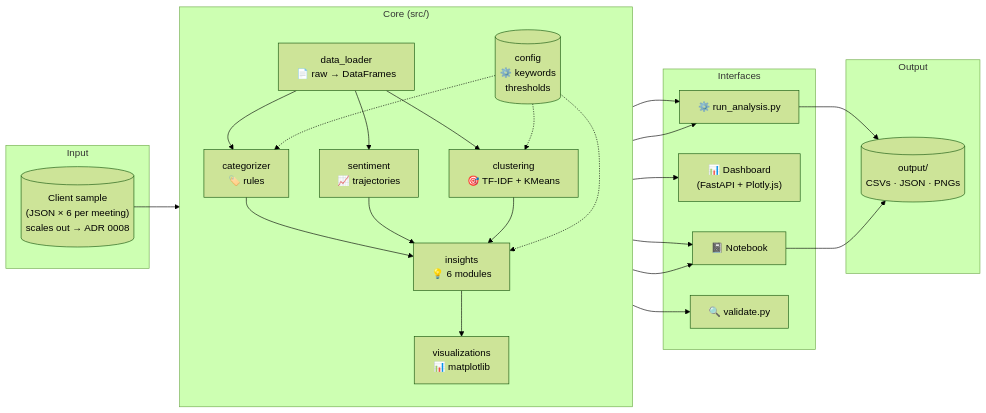
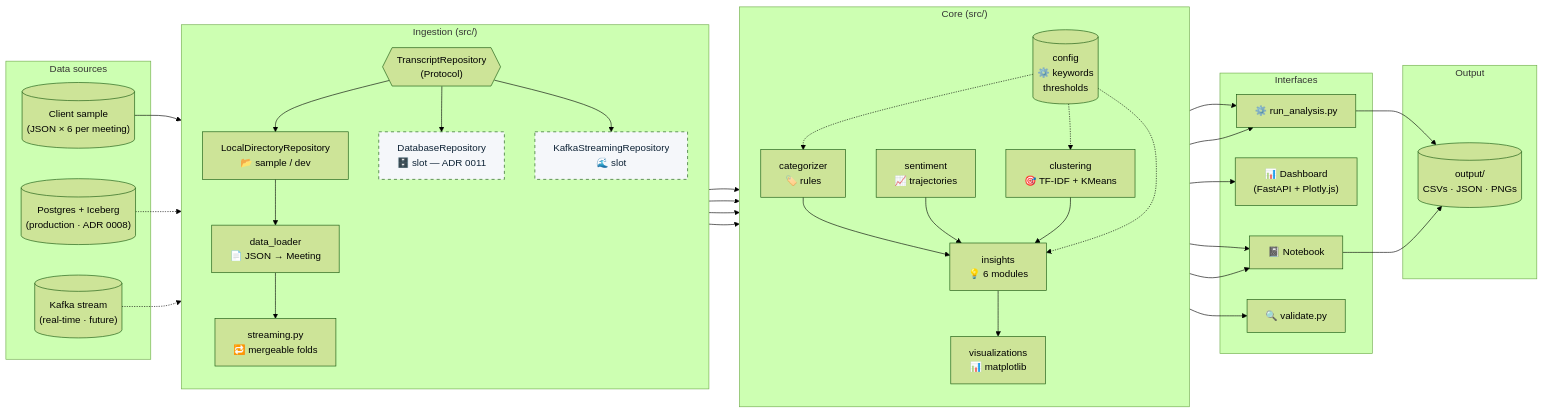
One commit to r2st/rubrik changed the first of 13 diagrams in docs/ARCHITECTURE.md. Above: the diagram before and after it, drawn with Mermaid (forest theme). The commit also changed other lines of this file and 1 other file, not shown here.

Commit message:
Docs: surface the ingestion layer in System overview
Promote the TranscriptRepository Protocol + its three backends
(LocalDirectoryRepository today, DatabaseRepository / KafkaStreamingRepository
slots per ADRs 0008 and 0011) to a first-class subgraph alongside data_loader
and streaming.py. The previous diagram collapsed all of this into a single
"Input" blob, which hid the abstraction that lets the same pipeline run
against the client sample today and Postgres + Iceberg at production volume.

````diff
--- a/docs/ARCHITECTURE.md
+++ b/docs/ARCHITECTURE.md
@@ -19,51 +19,74 @@
 ```mermaid
 flowchart LR
-    subgraph "Input"
-        Data[("Client sample<br/>(JSON × 6 per meeting)<br/>scales out → ADR 0008")]
+    subgraph Sources["Data sources"]
+        Sample[("Client sample<br/>(JSON × 6 per meeting)")]
+        DBSrc[("Postgres + Iceberg<br/>(production · ADR 0008)")]
+        Stream[("Kafka stream<br/>(real-time · future)")]
     end
 
-    subgraph "Core (src/)"
+    subgraph Ingest["Ingestion (src/)"]
         direction TB
-        Loader["data_loader<br/>📄 raw → DataFrames"]
+        Repo{{"TranscriptRepository<br/>(Protocol)"}}
+        Local["LocalDirectoryRepository<br/>📂 sample / dev"]
+        DBRepo["DatabaseRepository<br/>🗄️ slot — ADR 0011"]
+        KStream["KafkaStreamingRepository<br/>🌊 slot"]
+        Loader["data_loader<br/>📄 JSON → Meeting"]
+        Stream2["streaming.py<br/>🔁 mergeable folds"]
+        Repo --> Local
+        Repo --> DBRepo
+        Repo --> KStream
+        Local --> Loader
+        Loader --> Stream2
+    end
+
+    subgraph Core["Core (src/)"]
+        direction TB
         Cat["categorizer<br/>🏷️ rules"]
         Sent["sentiment<br/>📈 trajectories"]
         Clust["clustering<br/>🎯 TF-IDF + KMeans"]
         Ins["insights<br/>💡 6 modules"]
         Viz["visualizations<br/>📊 matplotlib"]
         Cfg[("config<br/>⚙️ keywords<br/>thresholds")]
     end
 
-    subgraph "Interfaces"
+    subgraph Interfaces["Interfaces"]
         NB["📓 Notebook"]
         DB["📊 Dashboard<br/>(FastAPI + Plotly.js)"]
         CLI["⚙️ run_analysis.py"]
         Val["🔍 validate.py"]
     end
 
-    subgraph "Output"
+    subgraph OutputG["Output"]
         Out[("output/<br/>CSVs · JSON · PNGs")]
     end
 
-    Data --> Loader
+    Sample --> Local
+    DBSrc -.-> DBRepo
+    Stream -.-> KStream
+
     Loader --> Cat
     Loader --> Sent
     Loader --> Clust
+    Stream2 --> Ins
     Cat --> Ins
     Sent --> Ins
     Clust --> Ins
     Ins --> Viz
 
     Cfg -.-> Cat
     Cfg -.-> Clust
     Cfg -.-> Ins
 
     Ins --> NB
     Ins --> DB
     Ins --> CLI
     Ins --> Val
     Viz --> NB
     Viz --> CLI
 
     CLI --> Out
     NB --> Out
+
+    classDef slot stroke-dasharray: 5 5,fill:#f5f7fa,color:#0d2235
+    class DBRepo,KStream slot
 ```
````
